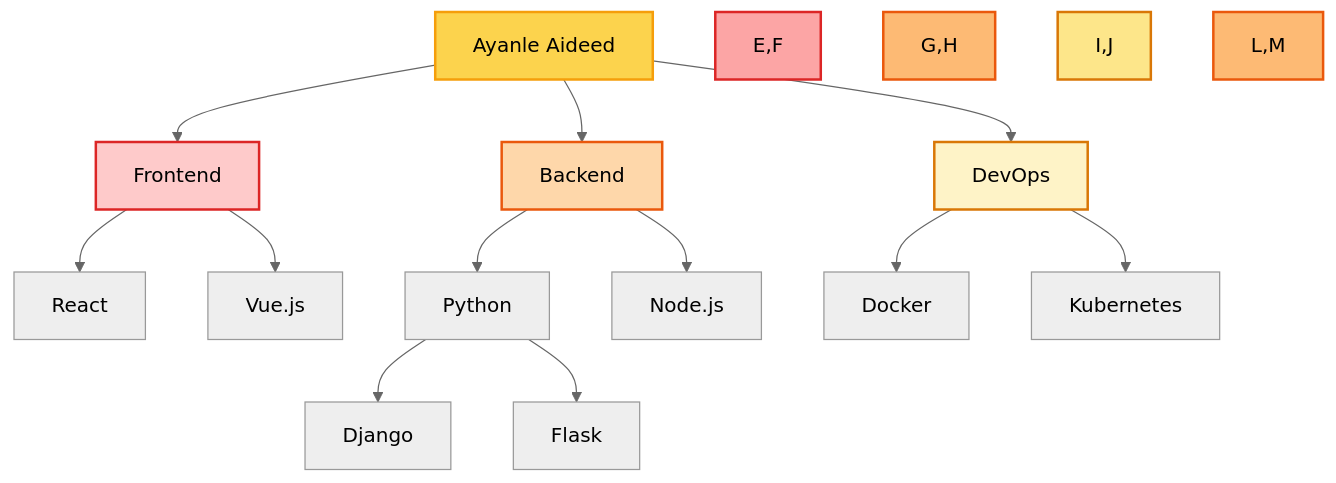
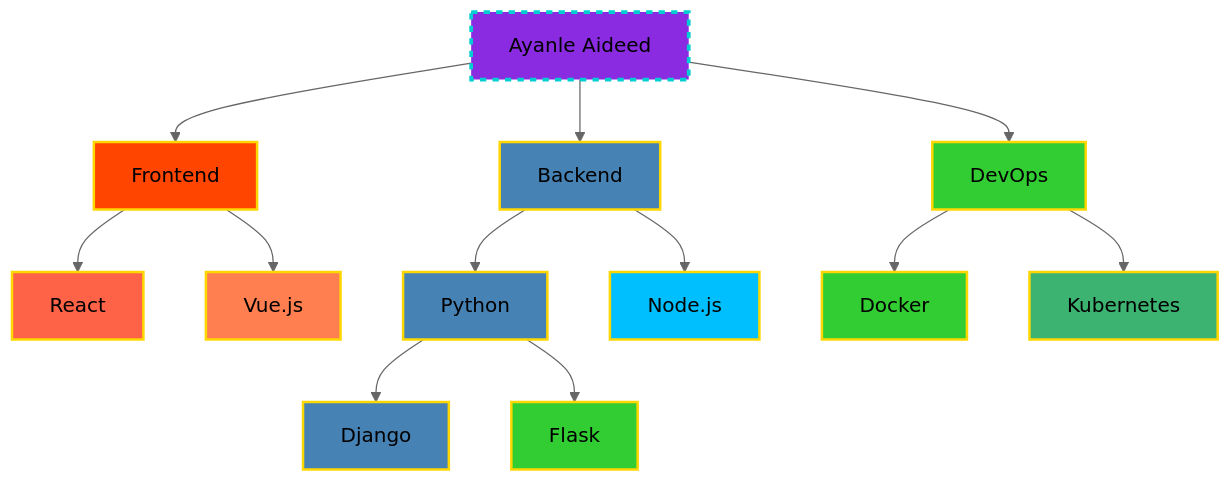
The diagram in README.md (Ayanleaideed/Ayanleaideed), drawn with Mermaid (neutral theme) before and after one commit. The commit also changed other lines of this file, not shown here.

````diff
--- a/README.md
+++ b/README.md
@@ -94,22 +95,27 @@
 ```mermaid
 graph TD
-    A[Ayanle Aideed] --> B[Frontend]
-    A --> C[Backend]
-    A --> D[DevOps]
-    B --> E[React]
-    B --> F[Vue.js]
-    C --> G[Python]
-    C --> H[Node.js]
-    D --> I[Docker]
-    D --> J[Kubernetes]
-    G --> L[Django]
-    G --> M[Flask]
-    style A fill:#FCD34D,stroke:#F59E0B,stroke-width:2px
-    style B fill:#FECACA,stroke:#DC2626,stroke-width:2px
-    style C fill:#FED7AA,stroke:#EA580C,stroke-width:2px
-    style D fill:#FEF3C7,stroke:#D97706,stroke-width:2px
-    style E,F fill:#FCA5A5,stroke:#DC2626,stroke-width:2px
-    style G,H fill:#FDBA74,stroke:#EA580C,stroke-width:2px
-    style I,J fill:#FDE68A,stroke:#D97706,stroke-width:2px
-    style L,M fill:#FDBA74,stroke:#EA580C,stroke-width:2px
+      A[Ayanle Aideed] --> B[Frontend]
+      A --> C[Backend]
+      A --> D[DevOps]
+      B --> E[React]
+      B --> F[Vue.js]
+      C --> G[Python]
+      C --> H[Node.js]
+      D --> I[Docker]
+      D --> J[Kubernetes]
+      G --> L[Django]
+      G --> M[Flask]
+
+      style A fill:#8A2BE2,stroke:#00CED1,stroke-width:3px,stroke-dasharray: 5 5
+      style B fill:#FF4500,stroke:#FFD700,stroke-width:2px
+      style C fill:#4682B4,stroke:#FFD700,stroke-width:2px
+      style D fill:#32CD32,stroke:#FFD700,stroke-width:2px
+      style E fill:#FF6347,stroke:#FFD700,stroke-width:2px
+      style F fill:#FF7F50,stroke:#FFD700,stroke-width:2px
+      style G fill:#4682B4,stroke:#FFD700,stroke-width:2px
+      style H fill:#00BFFF,stroke:#FFD700,stroke-width:2px
+      style I fill:#32CD32,stroke:#FFD700,stroke-width:2px
+      style J fill:#3CB371,stroke:#FFD700,stroke-width:2px
+      style L fill:#4682B4,stroke:#FFD700,stroke-width:2px
+      style M fill:#32CD32,stroke:#FFD700,stroke-width:2px
 ```
````
